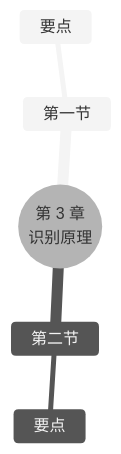
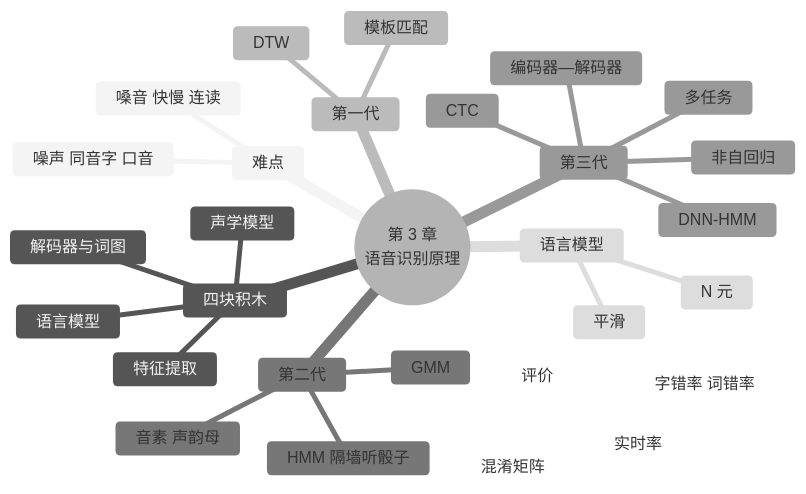
One commit to MingziFu9/speech-textbook changed the third of 3 diagrams in docs/chapters/03-asr-principles/index.md. Above: the diagram before and after it, drawn with Mermaid (neutral theme). The commit also changed other lines of this file and 21 other files, not shown here.

First line of the commit message:
第 3 章 语音识别原理：正文、4 个实验（DTW、HMM、字错率、二元语言模型，实测）、3 个动画、19 个术语、20 题

````diff
--- a/docs/chapters/03-asr-principles/index.md
+++ b/docs/chapters/03-asr-principles/index.md
@@ -227,8 +882,32 @@
 ```mermaid
 mindmap
-  root((第 3 章<br/>识别原理))
-    第一节
-      要点
-    第二节
-      要点
+  root((第 3 章<br/>语音识别原理))
+    难点
+      嗓音 快慢 连读
+      噪声 同音字 口音
+    四块积木
+      特征提取
+      声学模型
+      语言模型
+      解码器与词图
+    第一代
+      模板匹配
+      DTW
+    第二代
+      HMM 隔墙听骰子
+      GMM
+      音素 声韵母
+    第三代
+      DNN-HMM
+      CTC
+      编码器—解码器
+      非自回归
+      多任务
+    语言模型
+      N 元
+      平滑
+    评价
+      字错率 词错率
+      实时率
+      混淆矩阵
 ```
````
